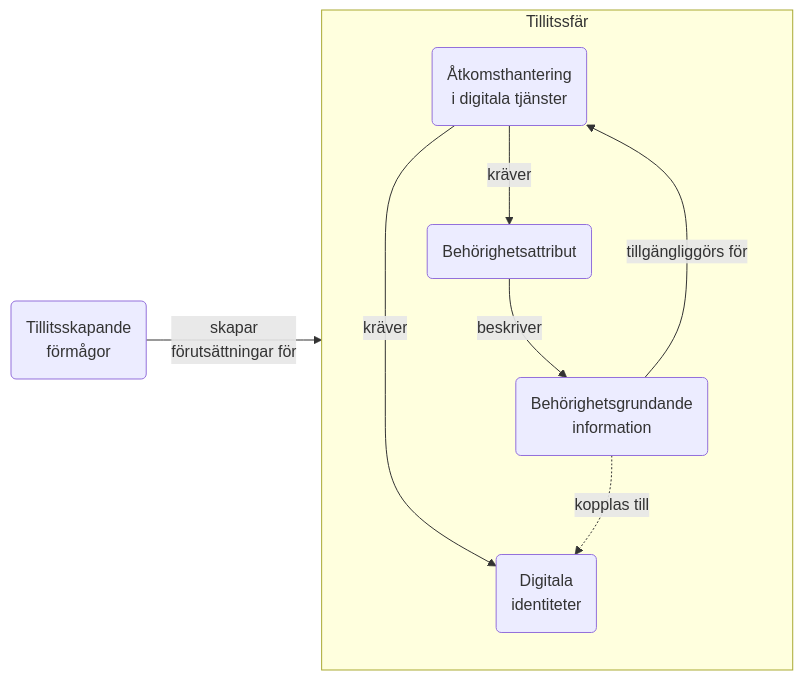
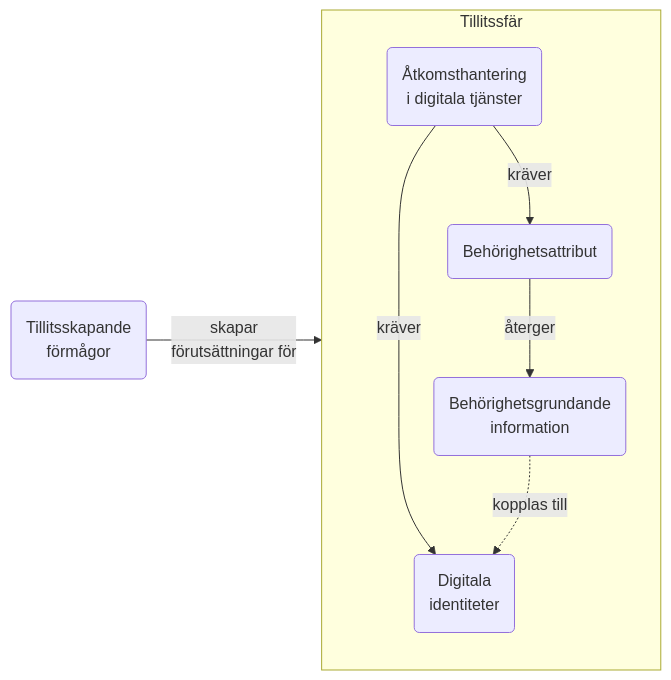
The first of 5 diagrams in IAM_TargetArchitecture_Sweden.md (diggsweden/ena-authorization), drawn with Mermaid before and after one commit. The commit also changed other lines of this file, not shown here.

````diff
--- a/IAM_TargetArchitecture_Sweden.md
+++ b/IAM_TargetArchitecture_Sweden.md
@@ -26,17 +7,16 @@
 ```mermaid
 graph LR
 subgraph TS[Tillitssfär]
     ID(Digitala\n identiteter) 
     B(Behörighetsgrundande\ninformation)
     BM(Behörighetsattribut)
     Å(Åtkomsthantering \ni digitala tjänster)
 end
 
 T(Tillitsskapande\n förmågor)
 Å --kräver--> ID
 T --skapar\n förutsättningar för --> TS
 B -.kopplas till.->ID
 Å --kräver--> BM
-BM --beskriver--> B
-B --tillgängliggörs för--> Å
+BM --återger--> B
 ```
````
